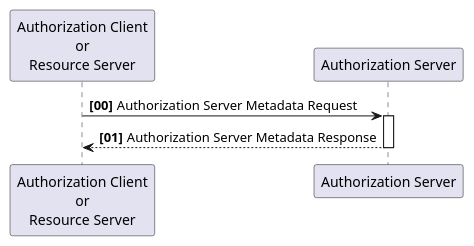
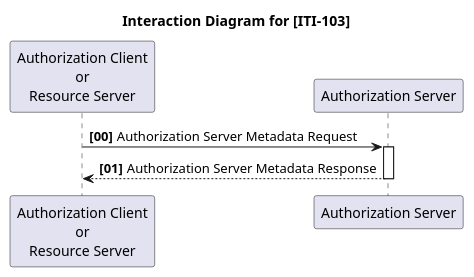
Before and after one commit to ehealthsuisse/ch-epr-fhir: the diagram in input/images-source/IUA_ActorDiagram_ITI-103.plantuml, drawn with PlantUML. The commit also changed 15 other files, not shown here.

Commit message:
add sequence diagrams

```diff
--- a/input/images-source/IUA_ActorDiagram_ITI-103.plantuml
+++ b/input/images-source/IUA_ActorDiagram_ITI-103.plantuml
@@ -1,12 +1,14 @@
 @startuml 
+
+title Interaction Diagram for [ITI-103]
 
 participant "Authorization Client\nor\nResource Server" as Client
 participant "Authorization Server" as AuthzServer
 
 autonumber 0 1 "<b>[00]</b>"
 autoactivate on
 
 Client -> AuthzServer: Authorization Server Metadata Request
 Client <-- AuthzServer: Authorization Server Metadata Response
 
 @enduml
```
